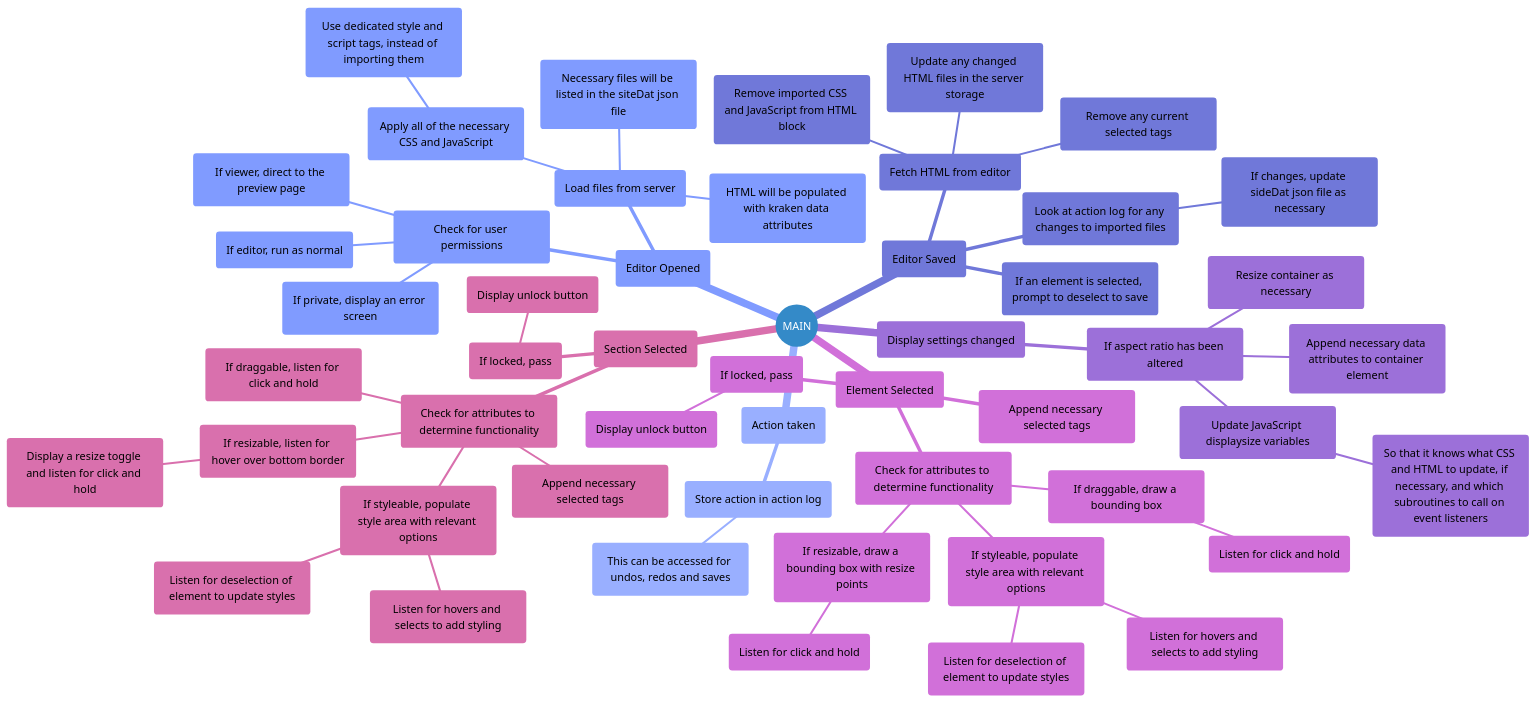
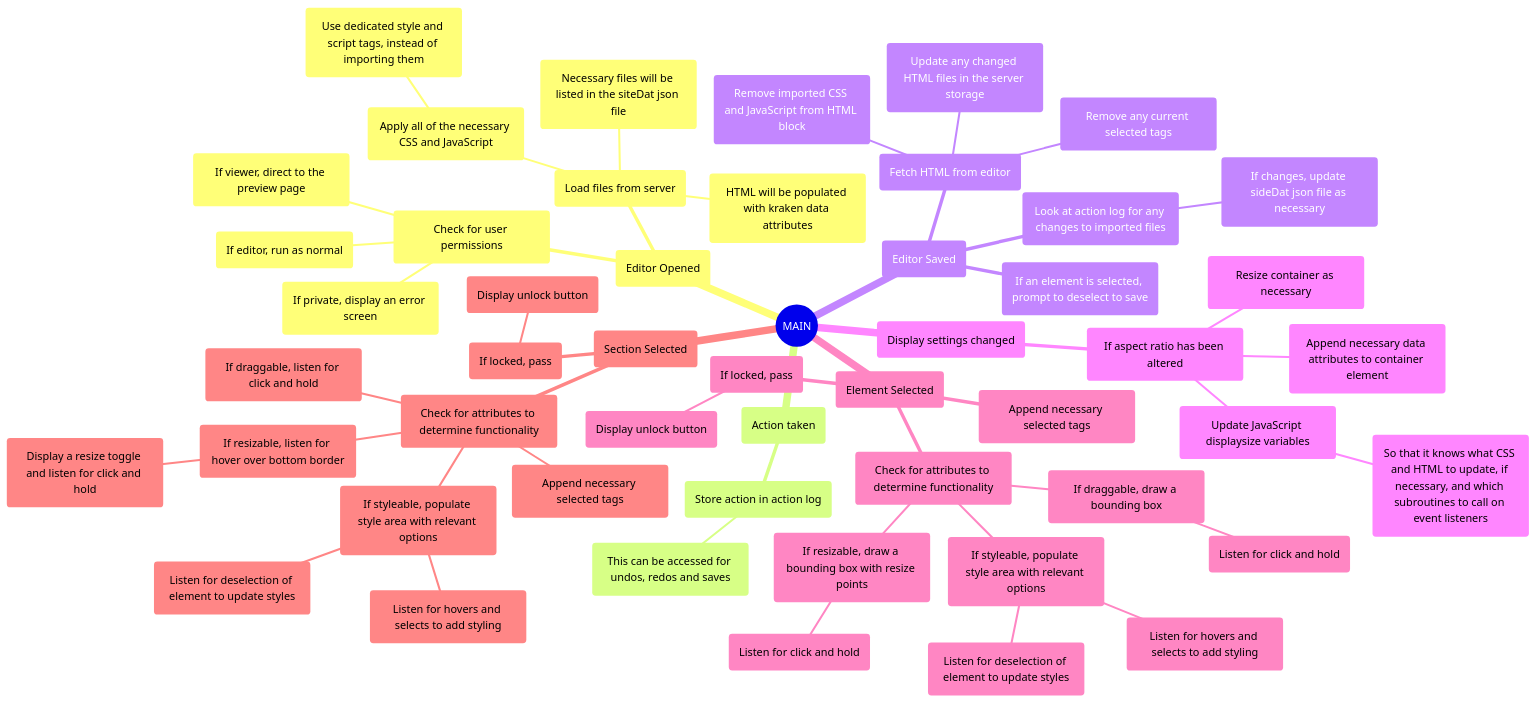
Diagram 11 of 11 in README.md (tomgxz/Kraken), drawn with Mermaid before and after one commit.

````diff
--- a/README.md
+++ b/README.md
@@ -546,70 +546,61 @@
 ```mermaid
-%%{init:{
-  "theme": "forest",
-  "themeVariables": {
-    "primaryColor":"#98c4e4",
-    "secondaryColor":"#b3c3ff",
-    "tertiaryColor":"#ccd7ff"
-  }
-}}%%
-
 mindmap
   root((MAIN))
 
     (Editor Opened)
         (Check for user permissions)
             (If editor, run as normal)
             (If viewer, direct to the preview page)
             (If private, display an error screen)
         (Load files from server)
             (Necessary files will be listed in the siteDat json file)
             (HTML will be populated with kraken data attributes)
             (Apply all of the necessary CSS and JavaScript)
                 (Use dedicated style and script tags, instead of importing them)
 
     (Action taken)
         (Store action in action log)
             (This can be accessed for undos, redos and saves)
 
     (Editor Saved)
         (If an element is selected, prompt to deselect to save)
         (Fetch HTML from editor)
             (Remove imported CSS and JavaScript from HTML block)
             (Remove any current selected tags)
             (Update any changed HTML files in the server storage)
         (Look at action log for any changes to imported files)
             (If changes, update sideDat json file as necessary)
 
     (Display settings changed)
         (If aspect ratio has been altered)
             (Append necessary data attributes to container element)
             (Resize container as necessary)
             (Update JavaScript displaysize variables)
                 (So that it knows what CSS and HTML to update, if necessary, and which subroutines to call on event listeners)
 
 
     (Element Selected)
         (If locked, pass)
             (Display unlock button)
         (Check for attributes to determine functionality)
             (If styleable, populate style area with relevant options)
                 (Listen for hovers and selects to add styling)
                 (Listen for deselection of element to update styles)
             (If draggable, draw a bounding box)
                 (Listen for click and hold)
             (If resizable, draw a bounding box with resize points)
                 (Listen for click and hold)
         (Append necessary selected tags)
 
     (Section Selected)
         (If locked, pass)
             (Display unlock button)
         (Check for attributes to determine functionality)
             (If styleable, populate style area with relevant options)
                 (Listen for hovers and selects to add styling)
                 (Listen for deselection of element to update styles)
             (If draggable, listen for click and hold)
             (If resizable, listen for hover over bottom border)
                 (Display a resize toggle and listen for click and hold)
             (Append necessary selected tags)
 ```
````
